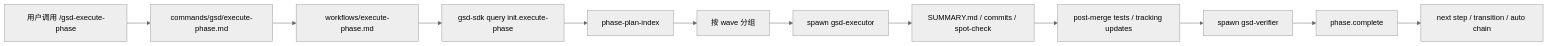
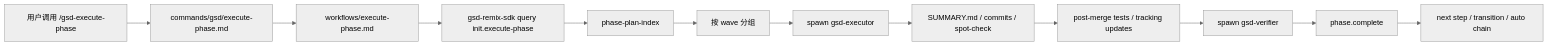
One commit to Wynne-cwb/gsd-remix changed the first of 5 diagrams in guide/06-execute-phase-deep-dive.md. Above: the diagram before and after it, drawn with Mermaid (neutral theme). The commit also changed other lines of this file and 177 other files, not shown here.

Commit message:
feat: isolate remix sdk namespace

````diff
--- a/guide/06-execute-phase-deep-dive.md
+++ b/guide/06-execute-phase-deep-dive.md
@@ -49,14 +49,14 @@
 ```mermaid
 flowchart LR
     A["用户调用 /gsd-execute-phase"] --> B["commands/gsd/execute-phase.md"]
     B --> C["workflows/execute-phase.md"]
-    C --> D["gsd-sdk query init.execute-phase"]
+    C --> D["gsd-remix-sdk query init.execute-phase"]
     D --> E["phase-plan-index"]
     E --> F["按 wave 分组"]
     F --> G["spawn gsd-executor"]
     G --> H["SUMMARY.md / commits / spot-check"]
     H --> I["post-merge tests / tracking updates"]
     I --> J["spawn gsd-verifier"]
     J --> K["phase.complete"]
     K --> L["next step / transition / auto chain"]
 ```
````
